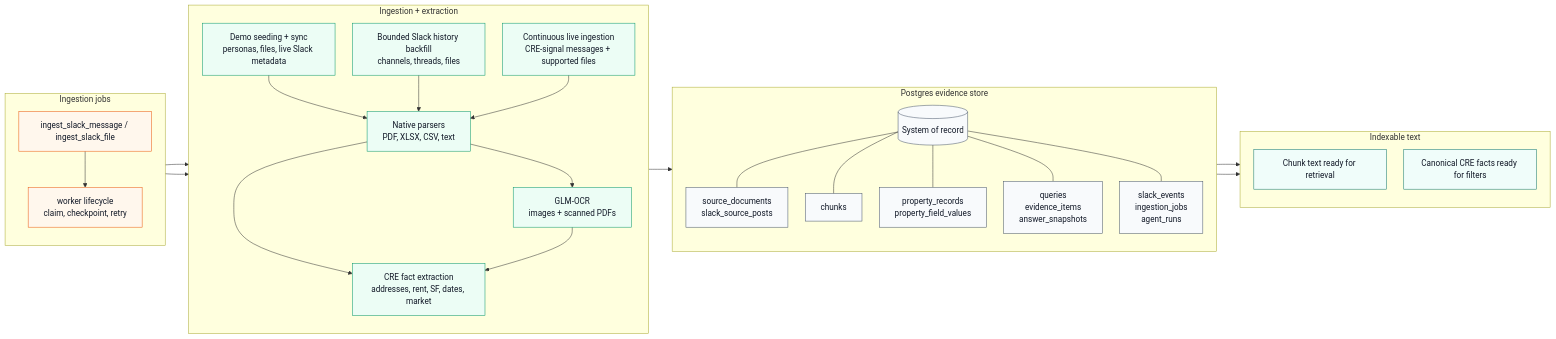
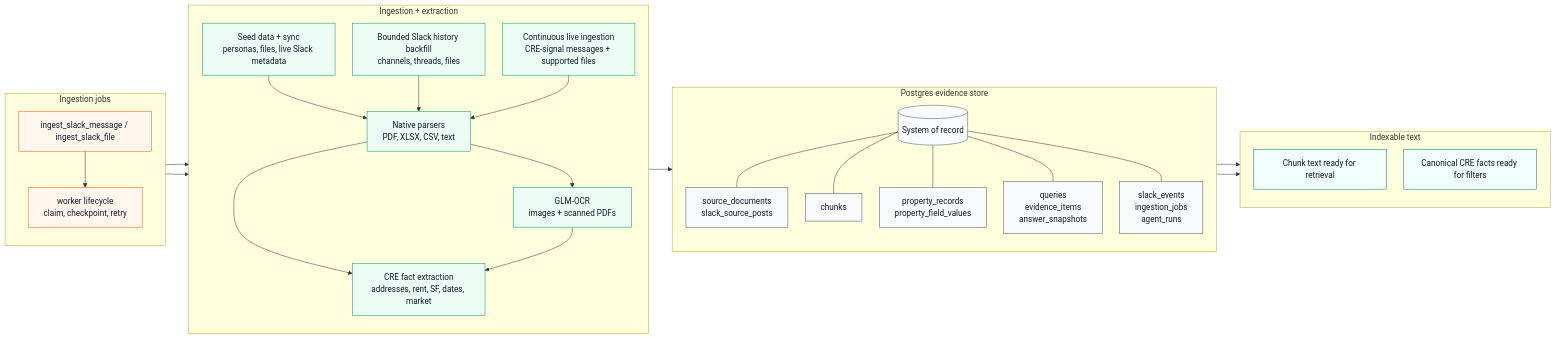
One commit to Aqwerty321/CRE-Knowledge-Engine changed the second of 8 diagrams in README.md. Above: the diagram before and after it, drawn with Mermaid. The commit also changed other lines of this file and 21 other files, not shown here.

````diff
--- a/README.md
+++ b/README.md
@@ -88,64 +88,64 @@
 ```mermaid
 %%{init: {"flowchart": {"curve": "basis", "nodeSpacing": 34, "rankSpacing": 46}} }%%
 flowchart LR
     classDef jobs fill:#fff7ed,stroke:#ea580c,color:#111827
     classDef ingest fill:#ecfdf5,stroke:#059669,color:#111827
     classDef store fill:#f8fafc,stroke:#475569,color:#111827
     classDef vector fill:#f0fdfa,stroke:#0f766e,color:#111827
 
     subgraph J[Ingestion jobs]
         direction TB
         J2[ingest_slack_message / ingest_slack_file]
         J4[worker lifecycle\nclaim, checkpoint, retry]
     end
 
     subgraph I[Ingestion + extraction]
         direction TB
         I1[Bounded Slack history backfill\nchannels, threads, files]
         I2[Continuous live ingestion\nCRE-signal messages + supported files]
-        I3[Demo seeding + sync\npersonas, files, live Slack metadata]
+        I3[Seed data + sync\npersonas, files, live Slack metadata]
         I4[Native parsers\nPDF, XLSX, CSV, text]
         I5[GLM-OCR\nimages + scanned PDFs]
         I6[CRE fact extraction\naddresses, rent, SF, dates, market]
     end
 
     subgraph E[Postgres evidence store]
         direction TB
         E0[(System of record)]
         E1[source_documents\nslack_source_posts]
         E2[chunks]
         E3[property_records\nproperty_field_values]
         E4[queries\nevidence_items\nanswer_snapshots]
         E5[slack_events\ningestion_jobs\nagent_runs]
     end
 
     subgraph V[Indexable text]
         direction TB
         V1[Chunk text ready for retrieval]
         V2[Canonical CRE facts ready for filters]
     end
 
     J2 --> J4
     J4 --> I1
     J4 --> I2
     I3 --> I4
     I1 --> I4
     I2 --> I4
     I4 --> I5
     I4 --> I6
     I5 --> I6
     I6 --> E0
 
     E0 --- E1
     E0 --- E2
     E0 --- E3
     E0 --- E4
     E0 --- E5
     E2 --> V1
     E3 --> V2
 
     class J2,J4 jobs
     class I1,I2,I3,I4,I5,I6 ingest
     class E0,E1,E2,E3,E4,E5 store
     class V1,V2 vector
 ```
````
